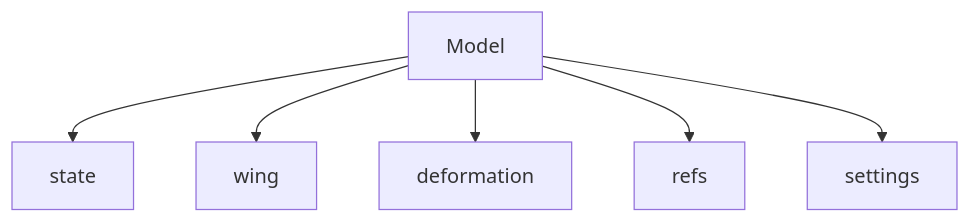
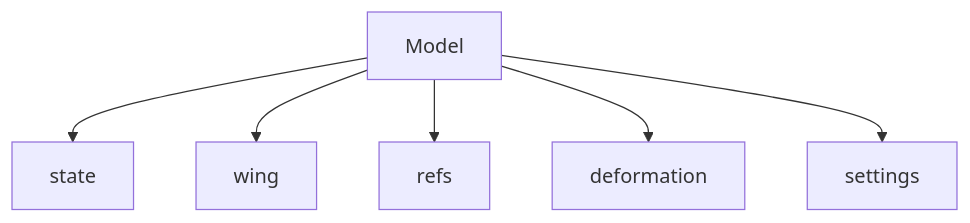
The first of 23 diagrams in docs/source/user_guide/model_api.rst (airinnova/pytornado), drawn with Mermaid before and after one commit. The commit also changed other lines of this file and 2 other files, not shown here.

```diff
--- a/docs/source/user_guide/model_api.rst
+++ b/docs/source/user_guide/model_api.rst
@@ -20,9 +20,9 @@
 .. mermaid::
 
     graph TD
     A[Model]
     A --> F0[state]
     A --> F1[wing]
-    A --> F2[deformation]
-    A --> F3[refs]
+    A --> F2[refs]
+    A --> F3[deformation]
     A --> F4[settings]
```
